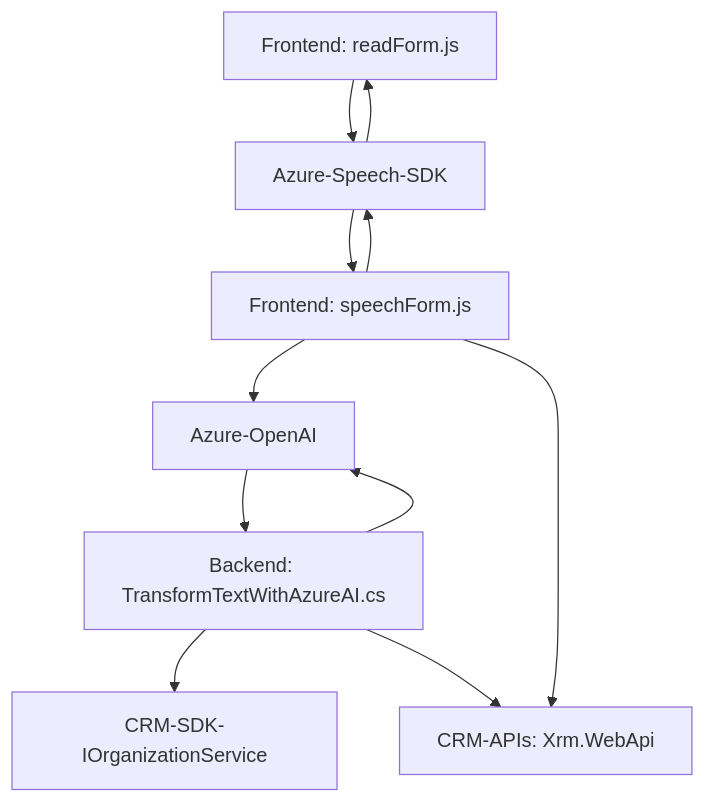
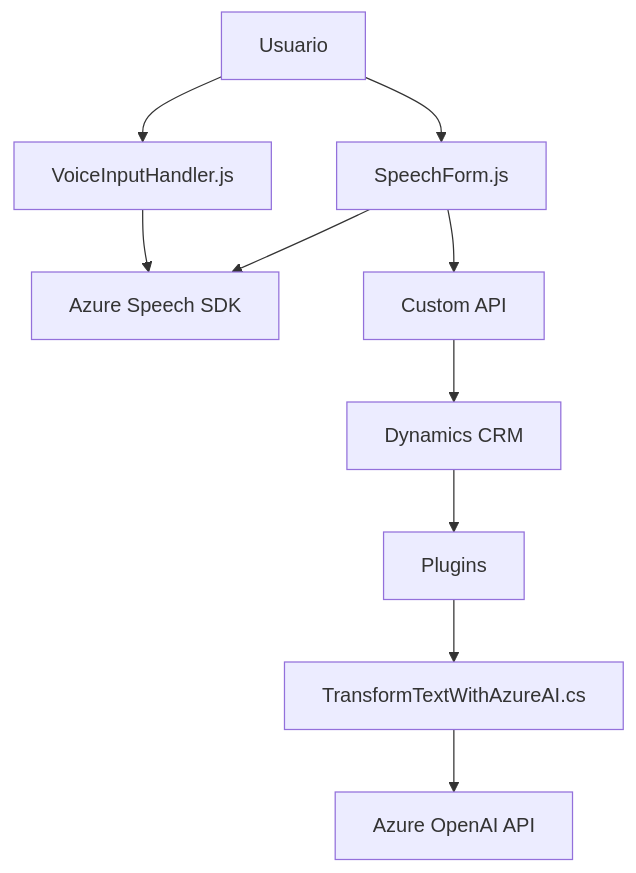
One commit to blopezdm/NETCORE_BILBAO2025 changed the diagram in README.md. Above: the diagram before and after it, drawn with Mermaid. The commit also changed other lines of this file, not shown here.

````diff
--- a/README.md
+++ b/README.md
@@ -40,21 +49,12 @@
 ```mermaid
 graph TD
-    A["Frontend: readForm.js"]
-    B["Frontend: speechForm.js"]
-    J["Azure-Speech-SDK"]
-    K["Azure-OpenAI"]
-    C["Backend: TransformTextWithAzureAI.cs"]
-    D["CRM-SDK-IOrganizationService"]
-    E["CRM-APIs: Xrm.WebApi"]
-   
-    A --> J
-    B --> J
-    B --> K
-    B --> E
-    C --> K
-    C --> D
-    C --> E
-    J --> A
-    J --> B
-    K --> C
+  A["Usuario"] --> B["VoiceInputHandler.js"]
+  A --> C["SpeechForm.js"]
+  B --> D["Azure Speech SDK"]
+  C --> D
+  C --> E["Custom API"]
+  E --> F["Dynamics CRM"]
+  F --> G["Plugins"]
+  G --> H["TransformTextWithAzureAI.cs"]
+  H --> I["Azure OpenAI API"]
 ```
````
